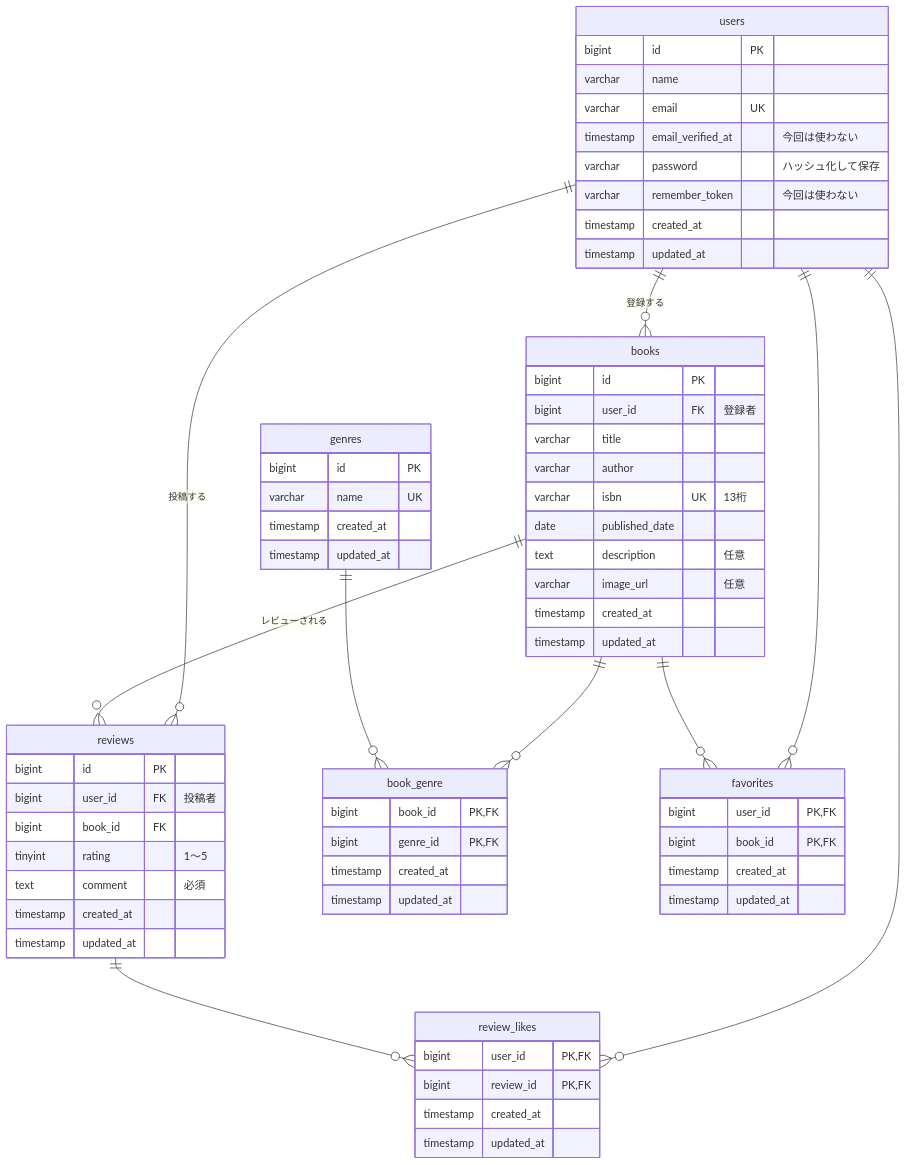
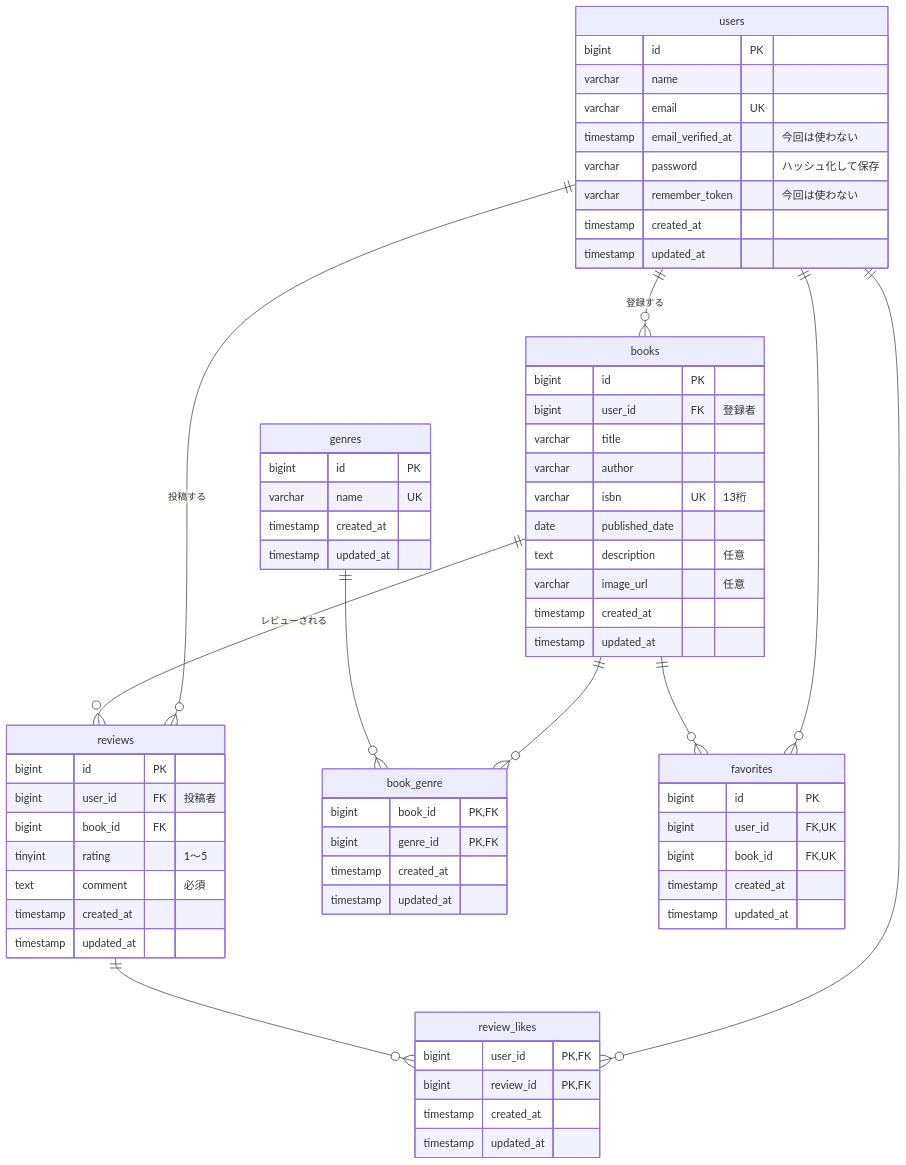
One commit to miyori-knzk/bookshelf-app changed the diagram in docs/er-diagram.md. Above: the diagram before and after it, drawn with Mermaid. The commit also changed 12 other files, not shown here.

````diff
--- a/docs/er-diagram.md
+++ b/docs/er-diagram.md
@@ -12,74 +12,75 @@
 ```mermaid
 erDiagram
     users ||--o{ books : "登録する"
     users ||--o{ reviews : "投稿する"
     books ||--o{ reviews : "レビューされる"
     books ||--o{ book_genre : ""
     genres ||--o{ book_genre : ""
     users ||--o{ favorites : ""
     books ||--o{ favorites : ""
     users ||--o{ review_likes : ""
     reviews ||--o{ review_likes : ""
 
     users {
         bigint id PK
         varchar name
         varchar email UK
         timestamp email_verified_at "今回は使わない"
         varchar password "ハッシュ化して保存"
         varchar remember_token "今回は使わない"
         timestamp created_at
         timestamp updated_at
     }
 
     books {
         bigint id PK
         bigint user_id FK "登録者"
         varchar title
         varchar author
         varchar isbn UK "13桁"
         date published_date
         text description "任意"
         varchar image_url "任意"
         timestamp created_at
         timestamp updated_at
     }
 
     genres {
         bigint id PK
         varchar name UK
         timestamp created_at
         timestamp updated_at
     }
 
     book_genre {
         bigint book_id PK,FK
         bigint genre_id PK,FK
         timestamp created_at
         timestamp updated_at
     }
 
     reviews {
         bigint id PK
         bigint user_id FK "投稿者"
         bigint book_id FK
         tinyint rating "1〜5"
         text comment "必須"
         timestamp created_at
         timestamp updated_at
     }
 
     favorites {
-        bigint user_id PK,FK
-        bigint book_id PK,FK
+        bigint id PK
+        bigint user_id FK,UK
+        bigint book_id FK,UK
         timestamp created_at
         timestamp updated_at
     }
 
     review_likes {
         bigint user_id PK,FK
         bigint review_id PK,FK
         timestamp created_at
         timestamp updated_at
     }
 ```
````
